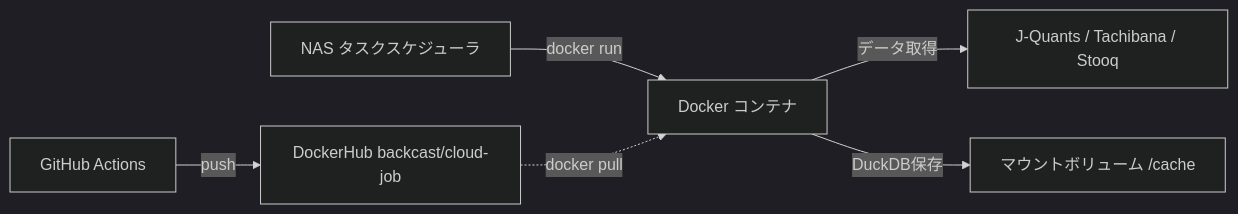
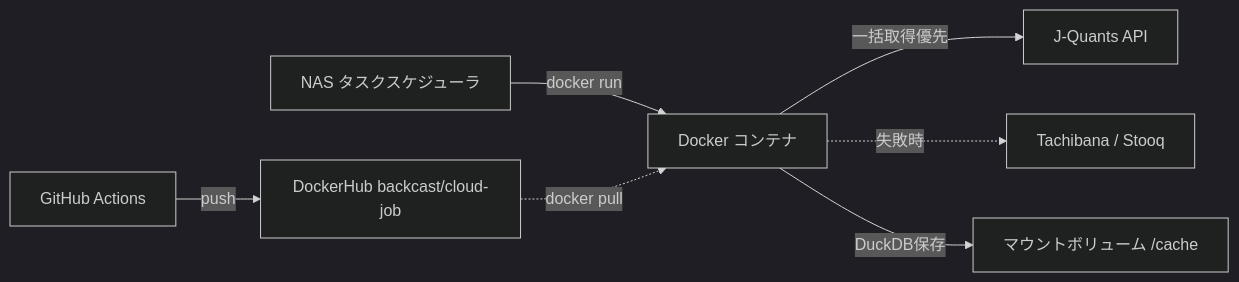
The diagram in docs/cloud-run-updater.md (botterYosuke/BackcastPro), drawn with Mermaid (dark theme) before and after one commit. The commit also changed other lines of this file and 6 other files, not shown here.

````diff
--- a/docs/cloud-run-updater.md
+++ b/docs/cloud-run-updater.md
@@ -16,8 +17,9 @@
 ```mermaid
 graph LR
     G[GitHub Actions] -->|push| H[DockerHub backcast/cloud-job]
     A[NAS タスクスケジューラ] -->|docker run| B[Docker コンテナ]
     H -.->|docker pull| B
-    B -->|データ取得| C[J-Quants / Tachibana / Stooq]
+    B -->|一括取得優先| C[J-Quants API]
+    B -.->|失敗時| F[Tachibana / Stooq]
     B -->|DuckDB保存| D[マウントボリューム /cache]
 ```
````
